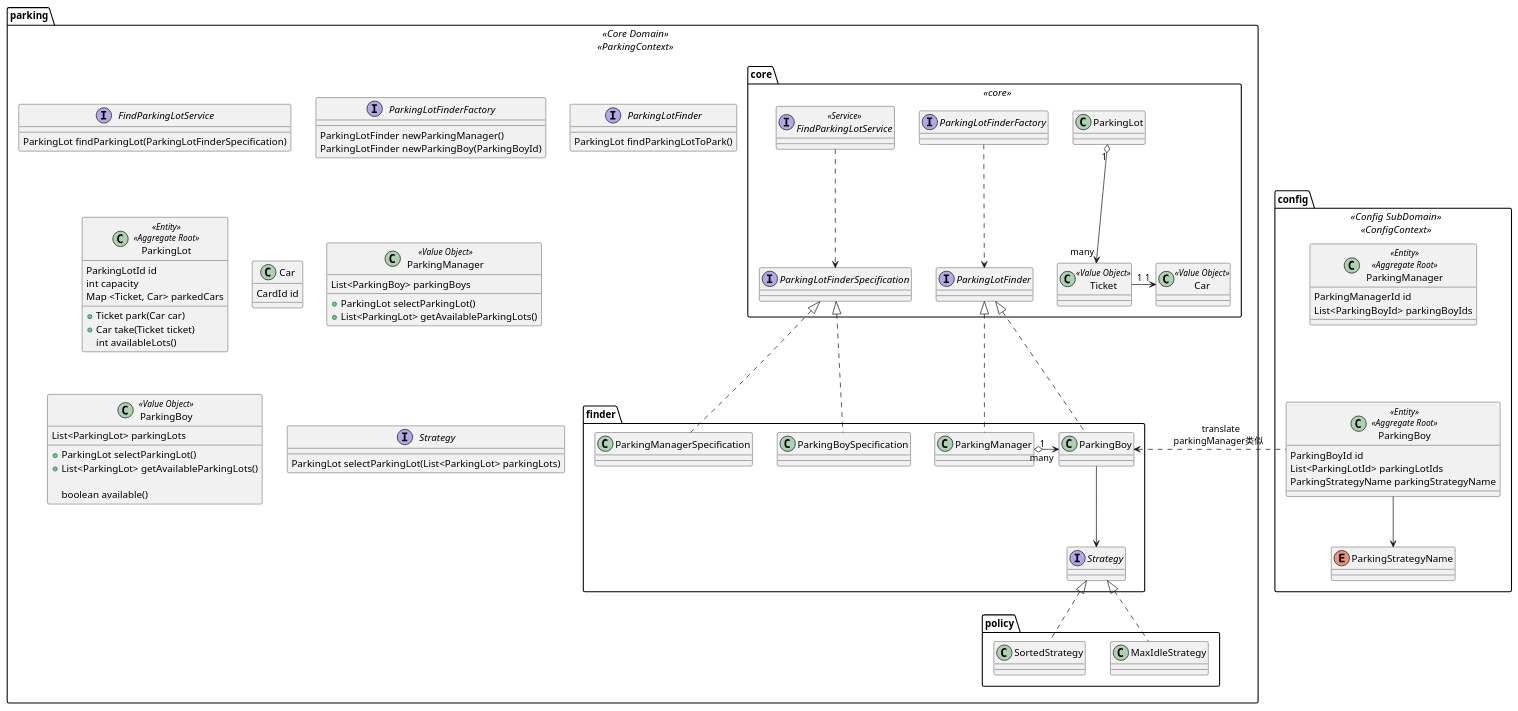
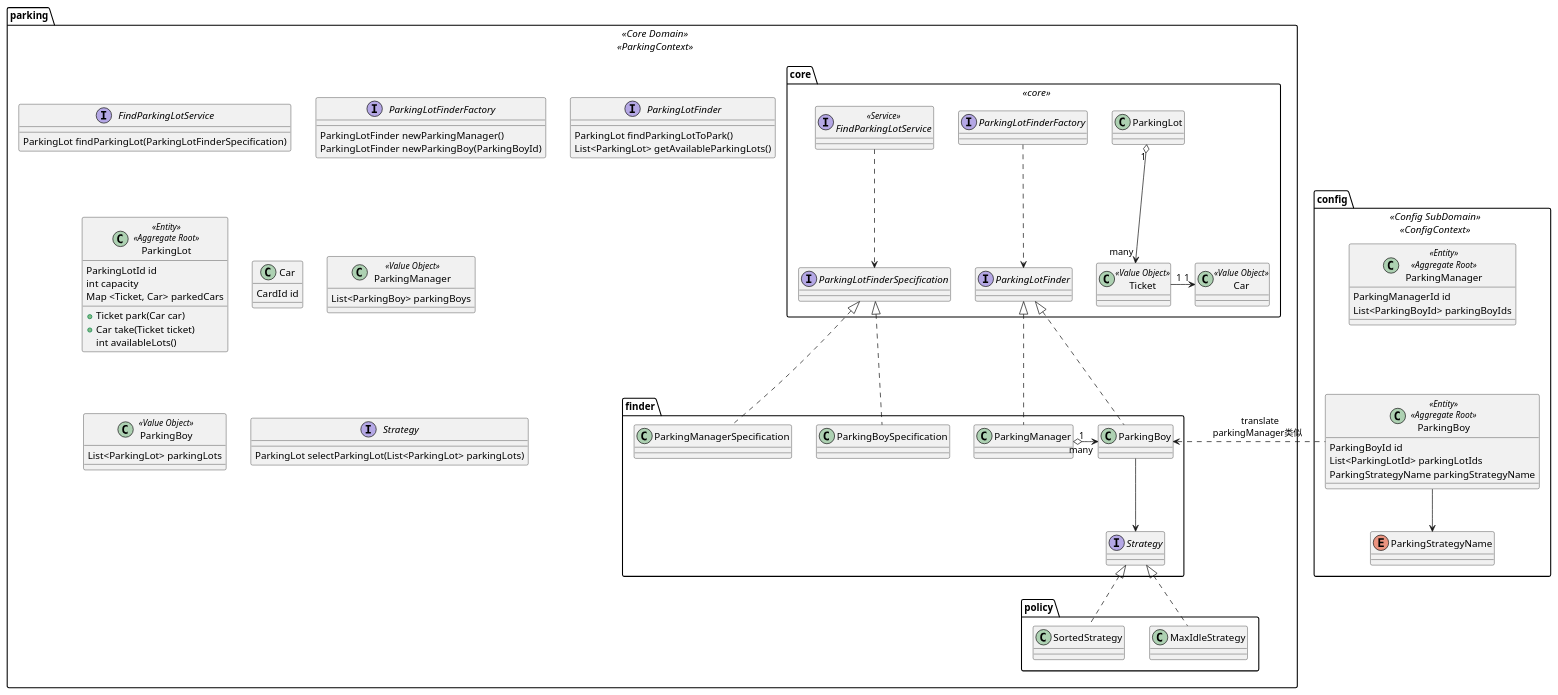
Before and after one commit to dlstonedl/ddd-practice: the diagram in src/main/resources/plantuml/ParkingLotsManagement.puml, drawn with PlantUML. The commit also changed 5 other files, not shown here.

```diff
--- a/src/main/resources/plantuml/ParkingLotsManagement.puml
+++ b/src/main/resources/plantuml/ParkingLotsManagement.puml
@@ -1,113 +1,105 @@
 @startuml
 
 namespace config <<Config SubDomain>> <<ConfigContext>> {
   class ParkingManager <<Entity>> <<Aggregate Root>> {
      ParkingManagerId id
      List<ParkingBoyId> parkingBoyIds
   }
   class ParkingBoy <<Entity>> <<Aggregate Root>> {
     ParkingBoyId id
     List<ParkingLotId> parkingLotIds
     ParkingStrategyName parkingStrategyName
   }
   enum ParkingStrategyName
   ParkingBoy --> ParkingStrategyName
 
   ParkingManager --[hidden] ParkingBoy
 }
 
 package parking <<Core Domain>> <<ParkingContext>>{
   package core <<core>> {
     interface FindParkingLotService <<Service>>
     interface ParkingLotFinderSpecification
     interface ParkingLotFinderFactory
     interface ParkingLotFinder
     class ParkingLot
     Class Ticket <<Value Object>>
     class Car <<Value Object>>
 
     FindParkingLotService .down.> ParkingLotFinderSpecification
     ParkingLotFinderFactory .down.> ParkingLotFinder
     ParkingLot "1" o-down-> "many" Ticket
     Ticket "1" -right-> "1" Car
 
     FindParkingLotService  -[hidden]right-  ParkingLotFinderFactory
     ParkingLotFinderFactory -[hidden]right- ParkingLot
   }
 
   package finder {
     class ParkingManager
     class ParkingBoy
     class ParkingManagerSpecification
     class ParkingBoySpecification
     interface Strategy
 
     ParkingManager ..up|> ParkingLotFinder
     ParkingBoy ..up|> ParkingLotFinder
 
     ParkingManager  "1" o--right> "many" ParkingBoy
     ParkingBoy -down-> Strategy
 
     ParkingManagerSpecification ..up|> ParkingLotFinderSpecification
     ParkingBoySpecification ..up|> ParkingLotFinderSpecification
 
     config.ParkingBoy ..left> ParkingBoy :"         translate\n        parkingManager类似 "
   }
 
   package policy {
     class SortedStrategy
     class MaxIdleStrategy
 
     SortedStrategy ..up|> Strategy
     MaxIdleStrategy ..up|> Strategy
   }
 
   interface FindParkingLotService {
       ParkingLot findParkingLot(ParkingLotFinderSpecification)
   }
 
   interface ParkingLotFinderFactory {
     ParkingLotFinder newParkingManager()
     ParkingLotFinder newParkingBoy(ParkingBoyId)
   }
 
   interface ParkingLotFinder {
     ParkingLot findParkingLotToPark()
+    List<ParkingLot> getAvailableParkingLots()
   }
 
   class ParkingLot <<Entity>> <<Aggregate Root>> {
       ParkingLotId id
       int capacity
       Map <Ticket, Car> parkedCars
 
       + Ticket park(Car car)
       + Car take(Ticket ticket)
       int availableLots()
   }
 
   Class Car {
     CardId id
   }
 
   class ParkingManager <<Value Object>> {
     List<ParkingBoy> parkingBoys
-
-    + ParkingLot selectParkingLot()
-    + List<ParkingLot> getAvailableParkingLots()
   }
 
   class ParkingBoy <<Value Object>> {
     List<ParkingLot> parkingLots
-
-    + ParkingLot selectParkingLot()
-    + List<ParkingLot> getAvailableParkingLots()
-
-    boolean available()
-
   }
 
   interface Strategy {
     ParkingLot selectParkingLot(List<ParkingLot> parkingLots)
   }
 }
 @enduml
```
